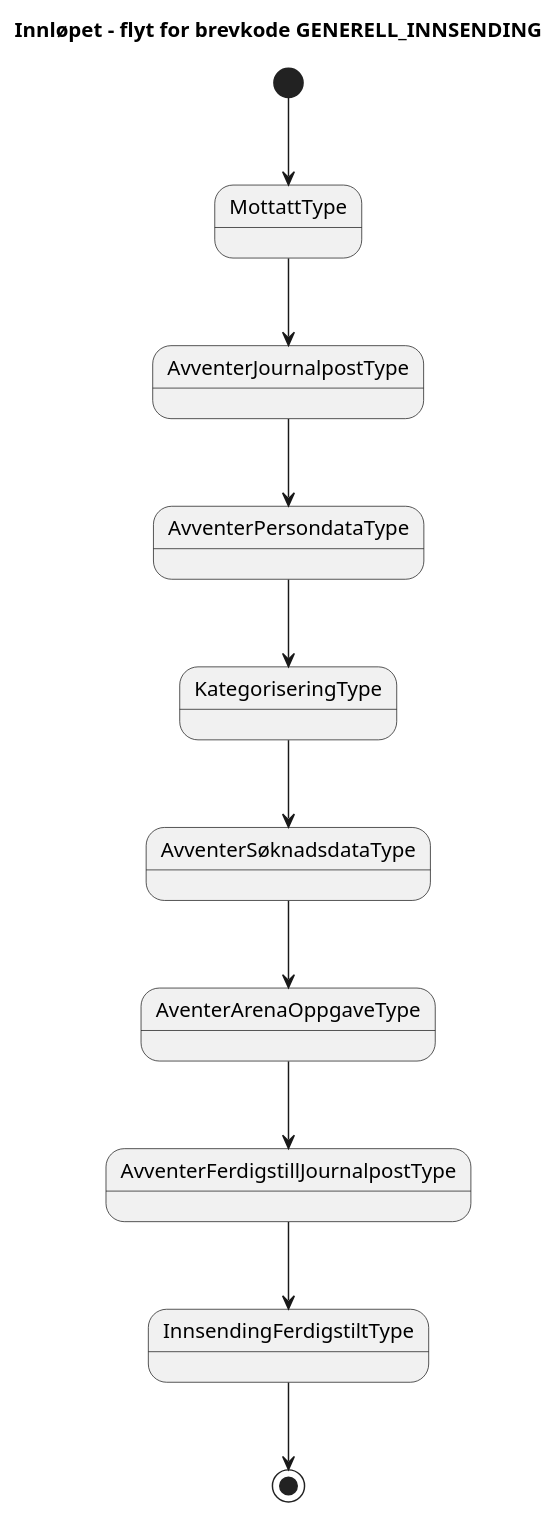
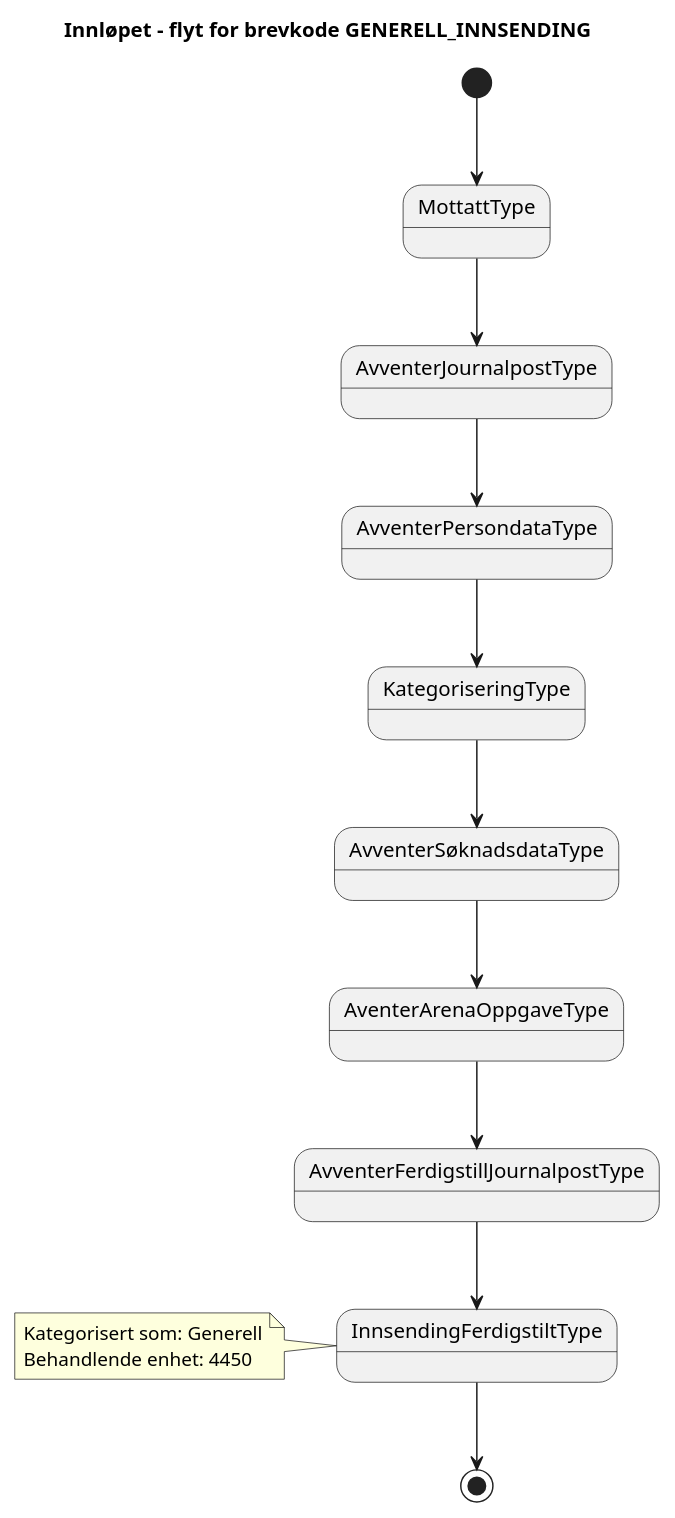
Before and after one commit to navikt/dp-mottak: the diagram in docs/arkitektur/tilstander/GENERELL_INNSENDING.approved.puml, drawn with PlantUML. The commit also changed 17 other files, not shown here.

```diff
--- a/docs/arkitektur/tilstander/GENERELL_INNSENDING.approved.puml
+++ b/docs/arkitektur/tilstander/GENERELL_INNSENDING.approved.puml
@@ -1,14 +1,18 @@
 @startuml
 title 
 Innløpet – flyt for brevkode GENERELL_INNSENDING
 end title           
-[*]-->MottattType 
+[*]-->MottattType
 MottattType --> AvventerJournalpostType
 AvventerJournalpostType --> AvventerPersondataType
 AvventerPersondataType --> KategoriseringType
 KategoriseringType --> AvventerSøknadsdataType
 AvventerSøknadsdataType --> AventerArenaOppgaveType
 AventerArenaOppgaveType --> AvventerFerdigstillJournalpostType
 AvventerFerdigstillJournalpostType --> InnsendingFerdigstiltType
 InnsendingFerdigstiltType--> [*]
+note left of InnsendingFerdigstiltType
+Kategorisert som: Generell
+Behandlende enhet: 4450  
+end note
 @enduml
```
